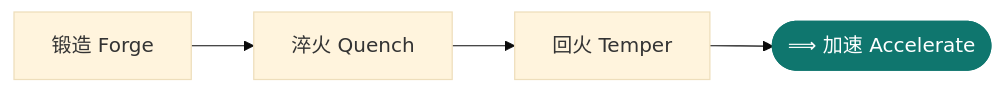
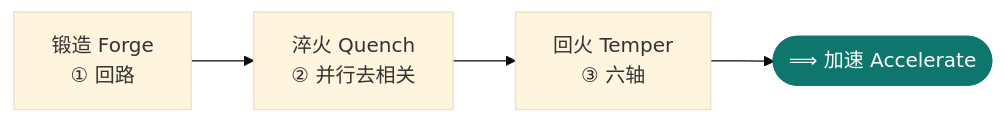
One commit to chrono-code/forge-harness changed the second of 2 diagrams in README.zh.md. Above: the diagram before and after it, drawn with Mermaid (base theme). The commit also changed other lines of this file and 4 other files, not shown here.

````diff
--- a/README.zh.md
+++ b/README.zh.md
@@ -550,5 +555,5 @@
 ```mermaid
 flowchart LR
-  F["锻造 Forge"] --> Q["淬火 Quench"] --> T["回火 Temper"] --> A(["⟹ 加速 Accelerate"])
+  F["锻造 Forge<br/>① 回路"] --> Q["淬火 Quench<br/>② 并行去相关"] --> T["回火 Temper<br/>③ 六轴"] --> A(["⟹ 加速 Accelerate"])
   style A fill:#0f766e,stroke:#0f766e,color:#fff
 ```
````
